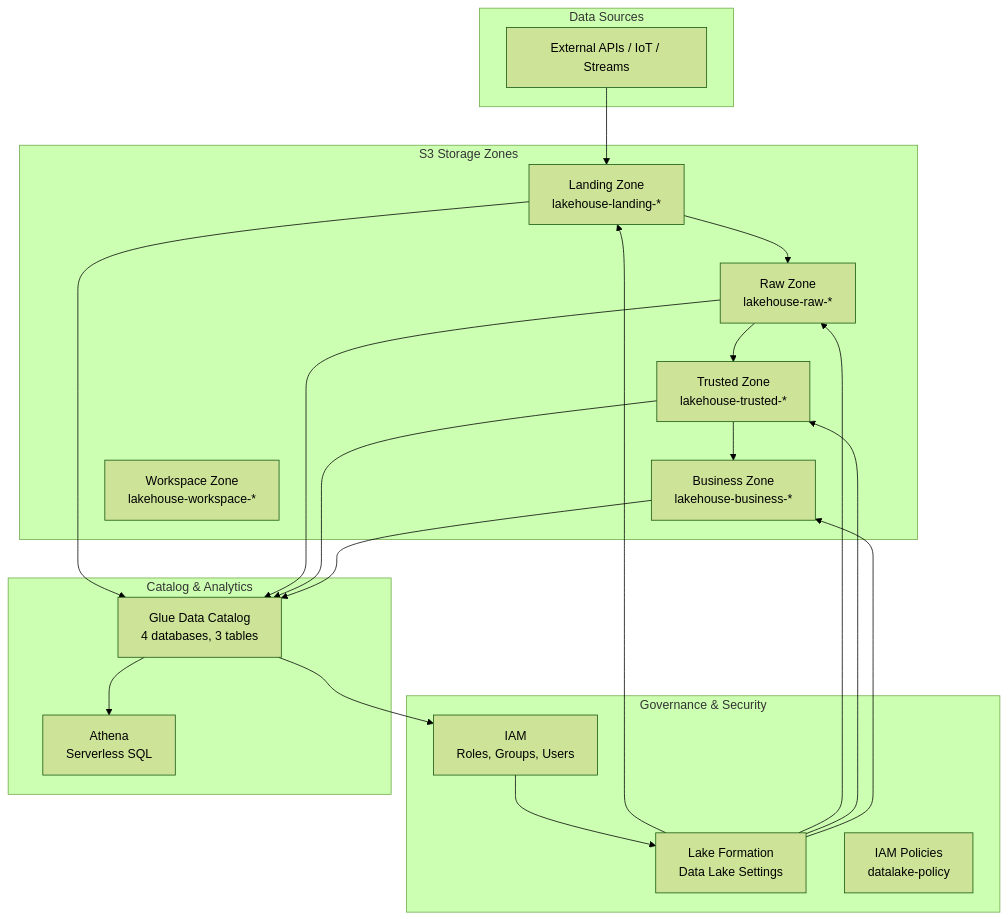
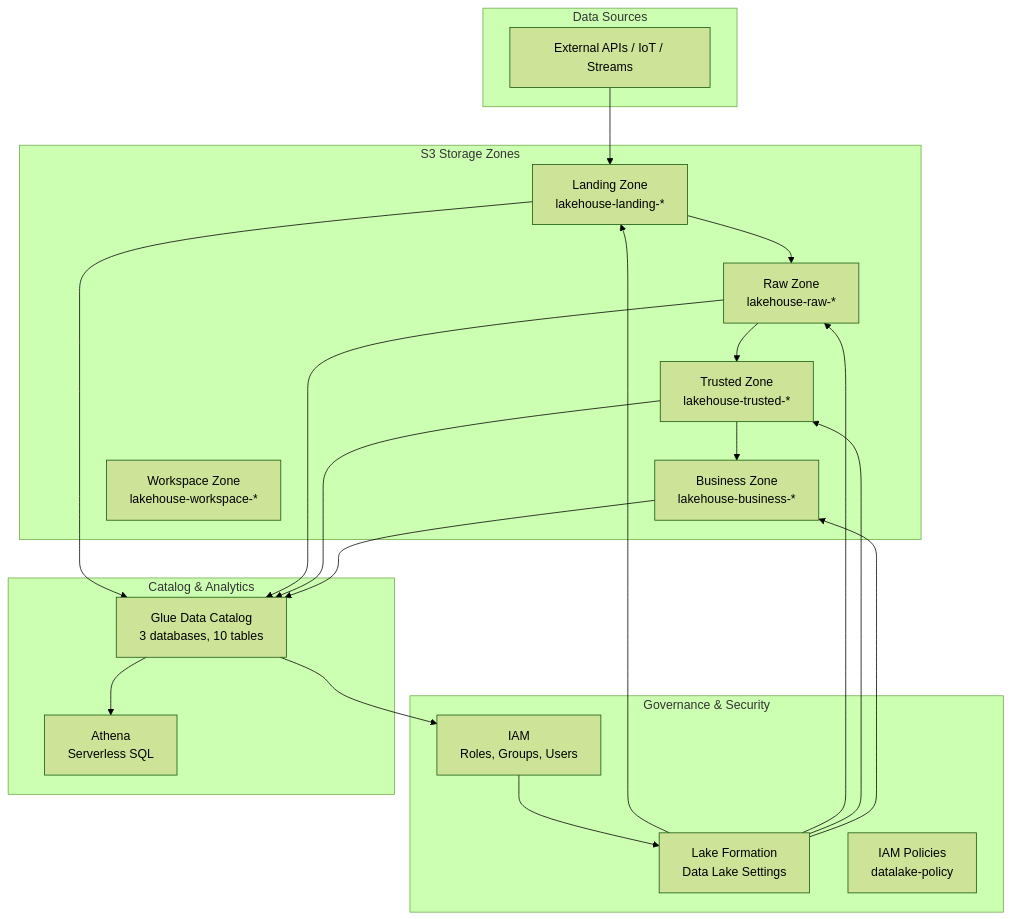
One commit to jamilvilela/aws-data-lakehouse changed the diagram in docs/sdd/plan.md. Above: the diagram before and after it, drawn with Mermaid (forest theme). The commit also changed other lines of this file and 37 other files, not shown here.

First line of the commit message:
Refactor data catalog and IAM module configurations for clarity and consistency

````diff
--- a/docs/sdd/plan.md
+++ b/docs/sdd/plan.md
@@ -146,41 +147,41 @@
 ```mermaid
 graph TB
     subgraph "Data Sources"
         A[External APIs / IoT / Streams]
     end
 
     subgraph "S3 Storage Zones"
         B[Landing Zone<br/>lakehouse-landing-*]
         C[Raw Zone<br/>lakehouse-raw-*]
         D[Trusted Zone<br/>lakehouse-trusted-*]
         E[Business Zone<br/>lakehouse-business-*]
         F[Workspace Zone<br/>lakehouse-workspace-*]
     end
 
     subgraph "Governance & Security"
         G[Lake Formation<br/>Data Lake Settings]
         H[IAM<br/>Roles, Groups, Users]
         I[IAM Policies<br/>datalake-policy]
     end
 
     subgraph "Catalog & Analytics"
-        J[Glue Data Catalog<br/>4 databases, 3 tables]
+        J[Glue Data Catalog<br/>3 databases, 10 tables]
         K[Athena<br/>Serverless SQL]
     end
 
     A --> B
     B --> C
     C --> D
     D --> E
     G --> B
     G --> C
     G --> D
     G --> E
     H --> G
     J --> K
     J --> H
     B --> J
     C --> J
     D --> J
     E --> J
 ```
````
